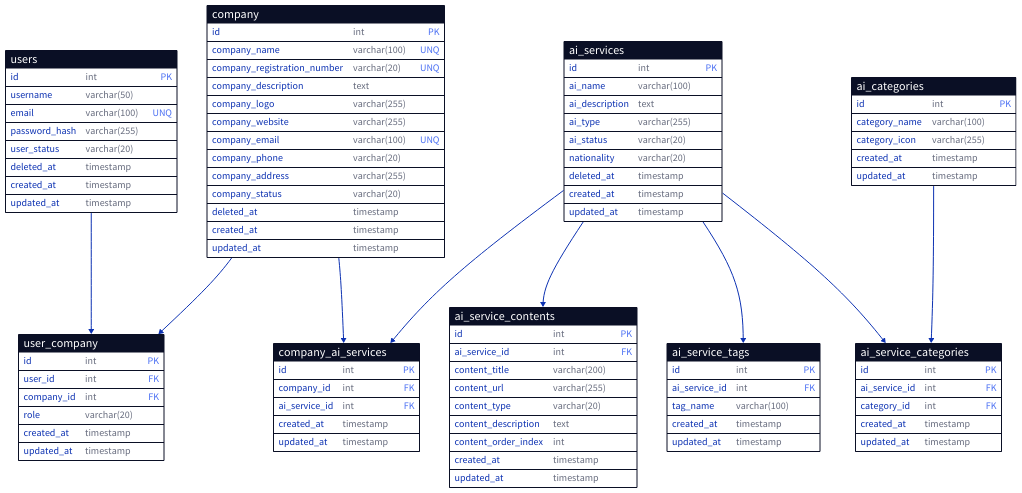
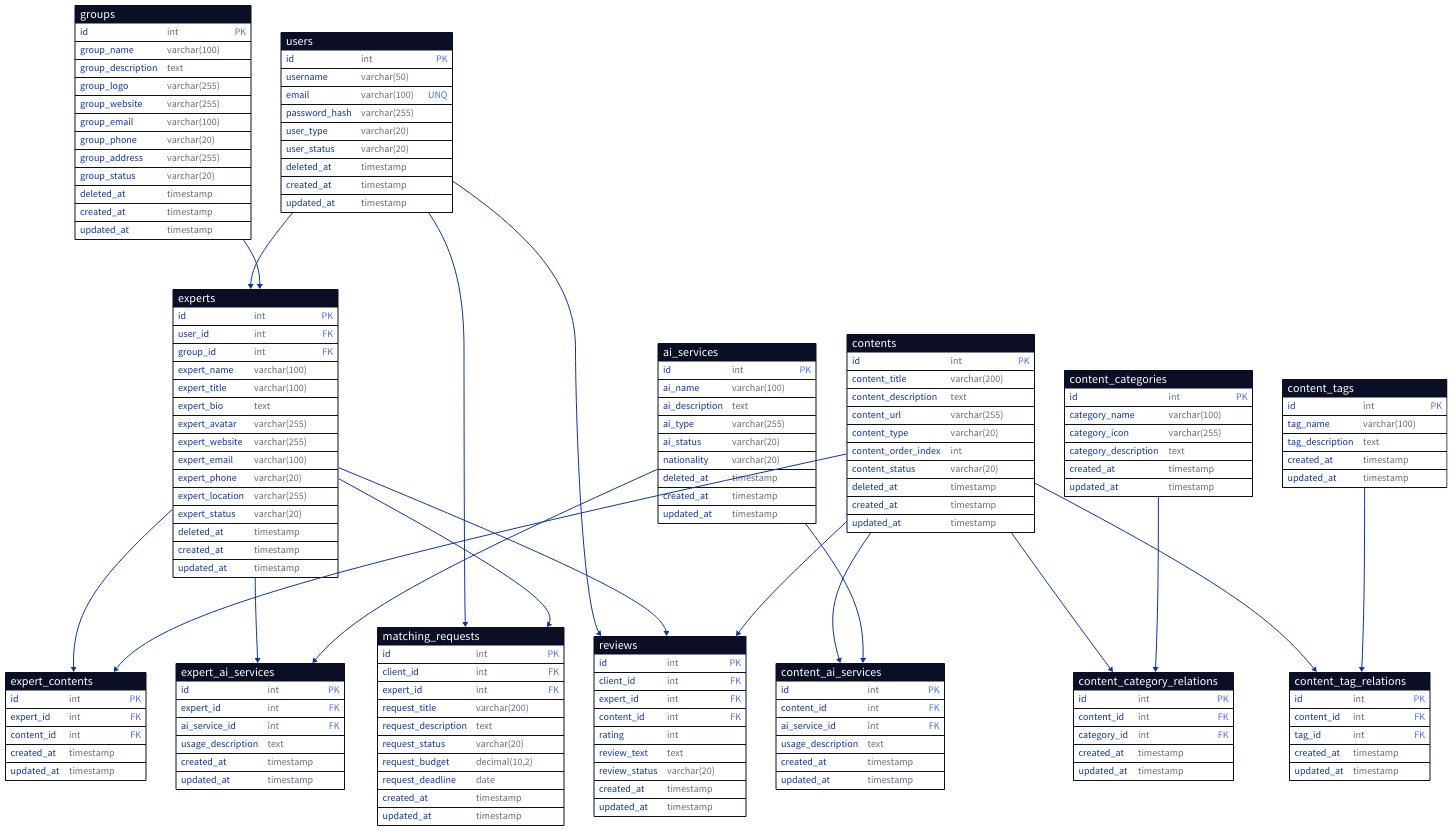
One commit to Jinwoo-ai/stepai-api changed the diagram in db/stepai_api.d2. Above: the diagram before and after it, drawn with D2. The commit also changed 18 other files, not shown here.

```diff
--- a/db/stepai_api.d2
+++ b/db/stepai_api.d2
@@ -1,58 +1,57 @@
-# StepAI API Database Schema
+# StepAI API Database Schema - AI 전문가 매칭 서비스
 
-# Users 테이블
+# Users 테이블 (일반 사용자)
 users: {
   shape: sql_table
   id: int {constraint: primary_key}
   username: varchar(50) 
   email: varchar(100) {constraint: unique}
   password_hash: varchar(255)
+  user_type: varchar(20) # client, expert, admin
   user_status: varchar(20) # active, inactive, pending, deleted
   deleted_at: timestamp
   created_at: timestamp
   updated_at: timestamp
 }
 
-# company 테이블 
-company: {
+# Groups 테이블 (전문가 그룹)
+groups: {
   shape: sql_table
   id: int {constraint: primary_key}
-  company_name: varchar(100) {constraint: unique}
-  company_registration_number: varchar(20) {constraint: unique}
-  company_description: text
-  company_logo: varchar(255)
-  company_website: varchar(255)
-  company_email: varchar(100) {constraint: unique}
-  company_phone: varchar(20)
-  company_address: varchar(255)
-  company_status: varchar(20) # active, inactive, pending, deleted
+  group_name: varchar(100)
+  group_description: text
+  group_logo: varchar(255)
+  group_website: varchar(255)
+  group_email: varchar(100)
+  group_phone: varchar(20)
+  group_address: varchar(255)
+  group_status: varchar(20) # active, inactive, pending, deleted
   deleted_at: timestamp
   created_at: timestamp
   updated_at: timestamp
 }
 
-# user_company 테이블
-user_company: {
+# Experts 테이블 (AI 전문가)
+experts: {
   shape: sql_table
   id: int {constraint: primary_key}
   user_id: int {constraint: foreign_key}
-  company_id: int {constraint: foreign_key}
-  role: varchar(20) # ceo, manager, employee
+  group_id: int {constraint: foreign_key}
+  expert_name: varchar(100)
+  expert_title: varchar(100)
+  expert_bio: text
+  expert_avatar: varchar(255)
+  expert_website: varchar(255)
+  expert_email: varchar(100)
+  expert_phone: varchar(20)
+  expert_location: varchar(255)
+  expert_status: varchar(20) # active, inactive, pending, deleted
+  deleted_at: timestamp
   created_at: timestamp
   updated_at: timestamp
 }
 
-# company_ai_services 테이블
-company_ai_services: {
-  shape: sql_table
-  id: int {constraint: primary_key}
-  company_id: int {constraint: foreign_key}
-  ai_service_id: int {constraint: foreign_key}
-  created_at: timestamp
-  updated_at: timestamp
-}
-
-# ai services 테이블
+# AI Services 테이블 (AI 서비스)
 ai_services: {
   shape: sql_table
   id: int {constraint: primary_key}
@@ -66,57 +65,138 @@
   updated_at: timestamp
 }
 
-# ai_service_contents 테이블
-ai_service_contents: {
+# Contents 테이블 (AI로 만든 결과물)
+contents: {
   shape: sql_table
   id: int {constraint: primary_key}
-  ai_service_id: int {constraint: foreign_key}
   content_title: varchar(200)
+  content_description: text
   content_url: varchar(255)
   content_type: varchar(20) # link, logo, image, video, text, audio, pdf, etc.
-  content_description: text
   content_order_index: int
+  content_status: varchar(20) # active, inactive, pending, deleted
+  deleted_at: timestamp
   created_at: timestamp
   updated_at: timestamp
 }
 
-# ai_service_tags 테이블
-ai_service_tags: {
+# Content Categories 테이블 (콘텐츠 카테고리)
+content_categories: {
   shape: sql_table
   id: int {constraint: primary_key}
-  ai_service_id: int {constraint: foreign_key}
-  tag_name: varchar(100)
+  category_name: varchar(100)
+  category_icon: varchar(255)
+  category_description: text
   created_at: timestamp
   updated_at: timestamp
 }
 
-# ai_categories 테이블
-ai_categories: {
+# Content Tags 테이블 (콘텐츠 태그)
+content_tags: {
   shape: sql_table
   id: int {constraint: primary_key}
-  category_name: varchar(100)
-  category_icon: varchar(255)
+  tag_name: varchar(100)
+  tag_description: text
   created_at: timestamp
   updated_at: timestamp
 }
 
-# ai_service_categories 테이블
-ai_service_categories: {
+# Expert Contents 테이블 (전문가가 만든 콘텐츠)
+expert_contents: {
   shape: sql_table
   id: int {constraint: primary_key}
-  ai_service_id: int {constraint: foreign_key}
+  expert_id: int {constraint: foreign_key}
+  content_id: int {constraint: foreign_key}
+  created_at: timestamp
+  updated_at: timestamp
+}
+
+# Content Category Relations 테이블 (콘텐츠-카테고리 관계)
+content_category_relations: {
+  shape: sql_table
+  id: int {constraint: primary_key}
+  content_id: int {constraint: foreign_key}
   category_id: int {constraint: foreign_key}
   created_at: timestamp
   updated_at: timestamp
 }
 
+# Content Tag Relations 테이블 (콘텐츠-태그 관계)
+content_tag_relations: {
+  shape: sql_table
+  id: int {constraint: primary_key}
+  content_id: int {constraint: foreign_key}
+  tag_id: int {constraint: foreign_key}
+  created_at: timestamp
+  updated_at: timestamp
+}
+
+# Expert AI Services 테이블 (전문가가 사용하는 AI 서비스)
+expert_ai_services: {
+  shape: sql_table
+  id: int {constraint: primary_key}
+  expert_id: int {constraint: foreign_key}
+  ai_service_id: int {constraint: foreign_key}
+  usage_description: text
+  created_at: timestamp
+  updated_at: timestamp
+}
+
+# Content AI Services 테이블 (콘텐츠 제작에 사용된 AI 서비스)
+content_ai_services: {
+  shape: sql_table
+  id: int {constraint: primary_key}
+  content_id: int {constraint: foreign_key}
+  ai_service_id: int {constraint: foreign_key}
+  usage_description: text
+  created_at: timestamp
+  updated_at: timestamp
+}
+
+# Matching Requests 테이블 (매칭 요청)
+matching_requests: {
+  shape: sql_table
+  id: int {constraint: primary_key}
+  client_id: int {constraint: foreign_key}
+  expert_id: int {constraint: foreign_key}
+  request_title: varchar(200)
+  request_description: text
+  request_status: varchar(20) # pending, accepted, rejected, completed
+  request_budget: decimal(10,2)
+  request_deadline: date
+  created_at: timestamp
+  updated_at: timestamp
+}
+
+# Reviews 테이블 (리뷰)
+reviews: {
+  shape: sql_table
+  id: int {constraint: primary_key}
+  client_id: int {constraint: foreign_key}
+  expert_id: int {constraint: foreign_key}
+  content_id: int {constraint: foreign_key}
+  rating: int
+  review_text: text
+  review_status: varchar(20) # active, hidden, deleted
+  created_at: timestamp
+  updated_at: timestamp
+}
 
 # 관계 정의
-ai_services -> ai_service_contents
-ai_services -> ai_service_tags
-ai_services -> ai_service_categories
-ai_categories -> ai_service_categories
-users -> user_company
-company -> user_company
-company -> company_ai_services
-ai_services -> company_ai_services
+users -> experts
+groups -> experts
+experts -> expert_contents
+contents -> expert_contents
+contents -> content_category_relations
+content_categories -> content_category_relations
+contents -> content_tag_relations
+content_tags -> content_tag_relations
+experts -> expert_ai_services
+ai_services -> expert_ai_services
+contents -> content_ai_services
+ai_services -> content_ai_services
+users -> matching_requests
+experts -> matching_requests
+users -> reviews
+experts -> reviews
+contents -> reviews
```
